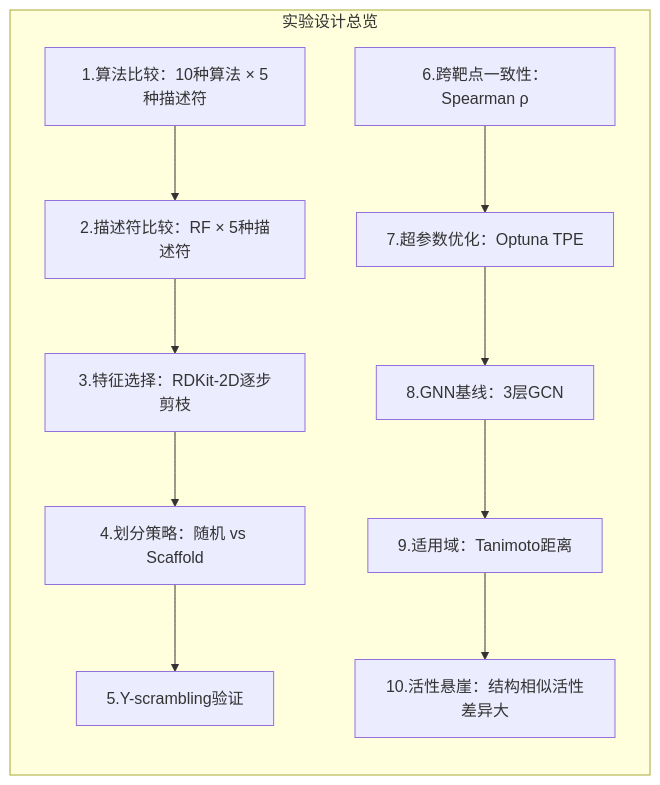
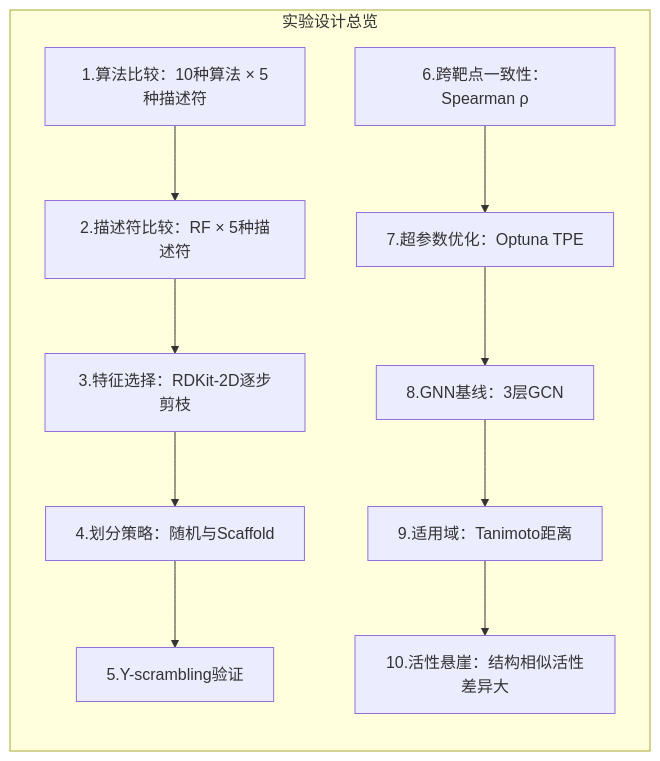
The diagram in _pages/Machine Learning & AI/QSAR application/2026-06-22-qsar-benchmarking.md (gxf1212/mendelevium), drawn with Mermaid before and after one commit. The commit also changed other lines of this file and 12 other files, not shown here.

First line of the commit message:
完善QSAR benchmarking文章：添加技术细节和优化图文融合

````diff
--- a/_pages/Machine Learning & AI/QSAR application/2026-06-22-qsar-benchmarking.md
+++ b/_pages/Machine Learning & AI/QSAR application/2026-06-22-qsar-benchmarking.md
@@ -132,19 +132,19 @@
 ```mermaid
 graph TB
     direction TB
     subgraph S1["实验设计总览"]
         direction TB
         E1["1.算法比较：10种算法 × 5种描述符"]
         E2["2.描述符比较：RF × 5种描述符"]
         E3["3.特征选择：RDKit-2D逐步剪枝"]
-        E4["4.划分策略：随机 vs Scaffold"]
+        E4["4.划分策略：随机与Scaffold"]
         E5["5.Y-scrambling验证"]
         E6["6.跨靶点一致性：Spearman ρ"]
         E7["7.超参数优化：Optuna TPE"]
         E8["8.GNN基线：3层GCN"]
         E9["9.适用域：Tanimoto距离"]
         E10["10.活性悬崖：结构相似活性差异大"]
     end
     E1 --> E2 --> E3 --> E4 --> E5
     E6 --> E7 --> E8 --> E9 --> E10
 ```
````
